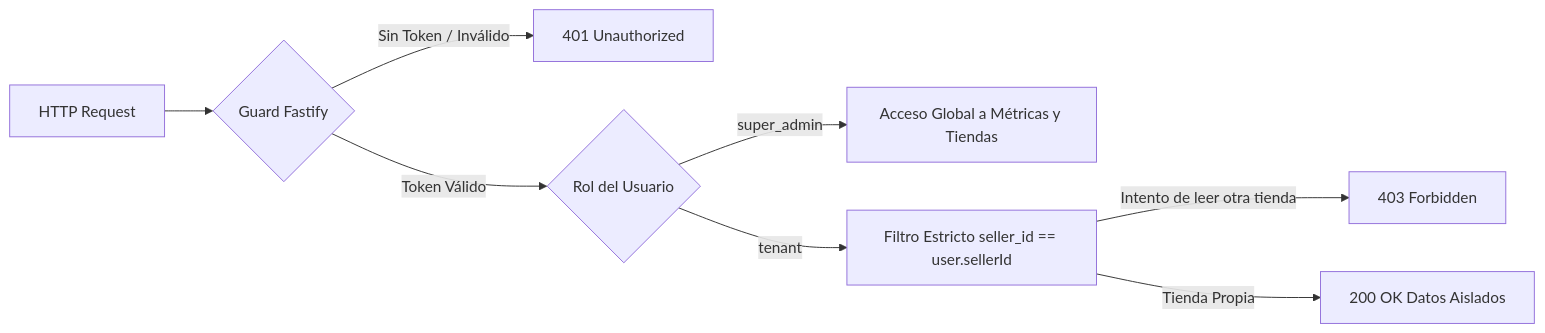
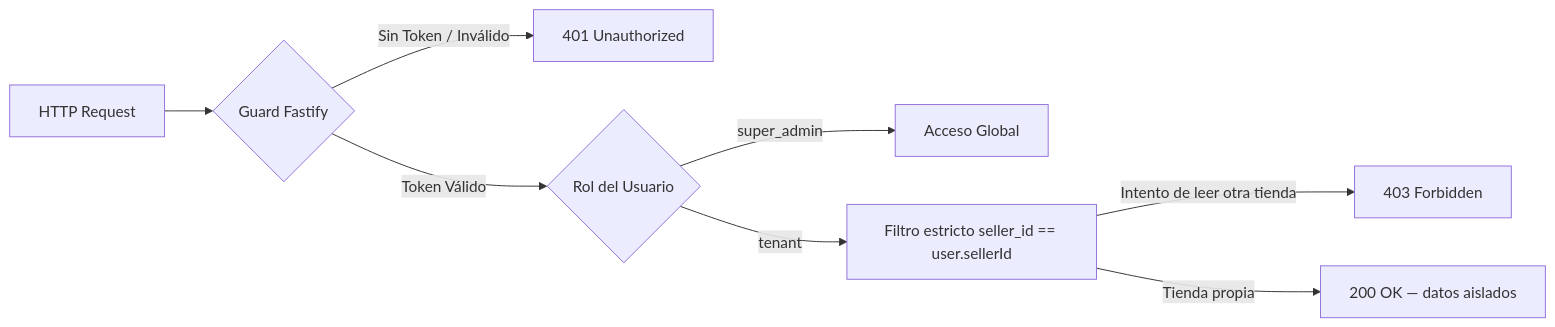
The second of 4 diagrams in docs/technical/ARCHITECTURE.md (Juanruizkk/DEMOML), drawn with Mermaid before and after one commit. The commit also changed other lines of this file and 309 other files, not shown here.

````diff
--- a/docs/technical/ARCHITECTURE.md
+++ b/docs/technical/ARCHITECTURE.md
@@ -145,10 +247,10 @@
 ```mermaid
 flowchart LR
     REQ[HTTP Request] --> GUARD{Guard Fastify}
     GUARD -- "Sin Token / Inválido" --> 401[401 Unauthorized]
     GUARD -- "Token Válido" --> ROLE{Rol del Usuario}
-    ROLE -- "super_admin" --> ALL[Acceso Global a Métricas y Tiendas]
-    ROLE -- "tenant" --> FILTER[Filtro Estricto seller_id == user.sellerId]
+    ROLE -- "super_admin" --> ALL[Acceso Global]
+    ROLE -- "tenant" --> FILTER[Filtro estricto seller_id == user.sellerId]
     FILTER -- "Intento de leer otra tienda" --> 403[403 Forbidden]
-    FILTER -- "Tienda Propia" --> OK[200 OK Datos Aislados]
+    FILTER -- "Tienda propia" --> OK[200 OK — datos aislados]
 ```
````
